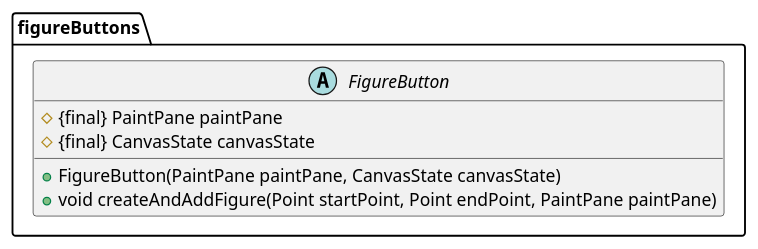
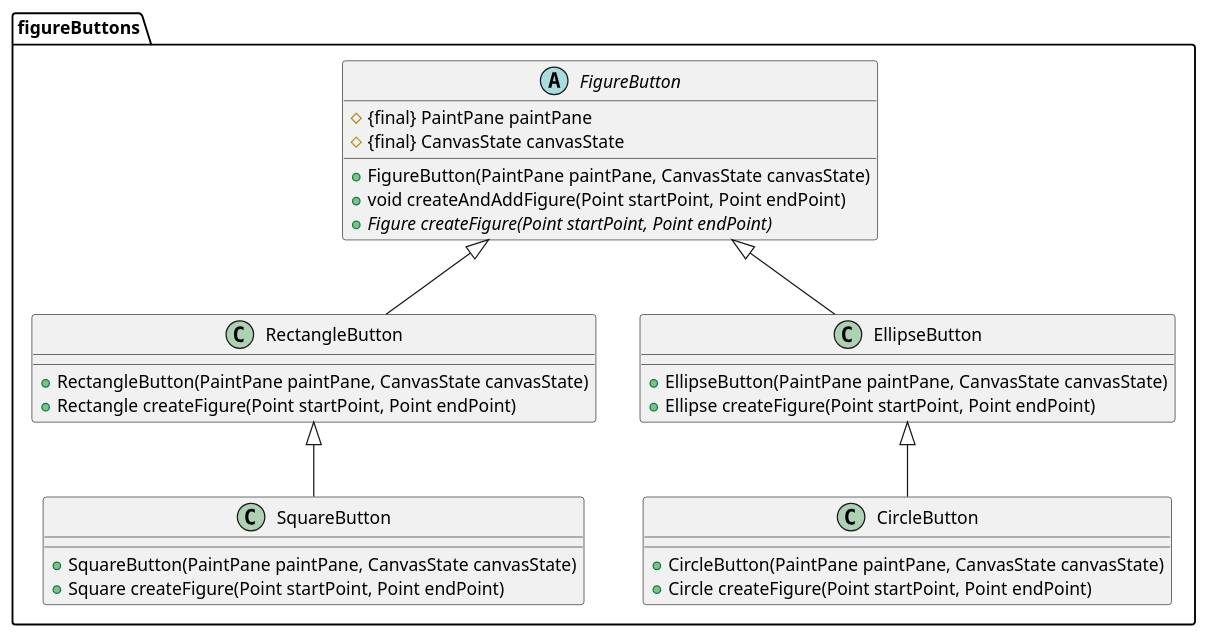
One commit to LosProgramasdeLepo/TPE-POO changed the diagram in src/umls/figureButtons.puml. Above: the diagram before and after it, drawn with PlantUML. The commit also changed 10 other files, not shown here.

```diff
--- a/src/umls/figureButtons.puml
+++ b/src/umls/figureButtons.puml
@@ -1,16 +1,34 @@
 @startuml
 'https://plantuml.com/class-diagram
 
 package figureButtons{
 
 abstract class FigureButton{
     # {final} PaintPane paintPane
     # {final} CanvasState canvasState
     + FigureButton(PaintPane paintPane, CanvasState canvasState)
-    + void createAndAddFigure(Point startPoint, Point endPoint, PaintPane paintPane)
+    + void createAndAddFigure(Point startPoint, Point endPoint)
+    + {abstract} Figure createFigure(Point startPoint, Point endPoint)
 }
+class RectangleButton extends FigureButton{
+    + RectangleButton(PaintPane paintPane, CanvasState canvasState)
+    + Rectangle createFigure(Point startPoint, Point endPoint)
+}
+class SquareButton extends RectangleButton{
+    + SquareButton(PaintPane paintPane, CanvasState canvasState)
+    + Square createFigure(Point startPoint, Point endPoint)
+}
+class EllipseButton extends FigureButton{
+    + EllipseButton(PaintPane paintPane, CanvasState canvasState)
+    + Ellipse createFigure(Point startPoint, Point endPoint)
+}
+class CircleButton extends EllipseButton{
+    + CircleButton(PaintPane paintPane, CanvasState canvasState)
+    + Circle createFigure(Point startPoint, Point endPoint)
+}
+
 
 
 }
 
 @enduml
```
